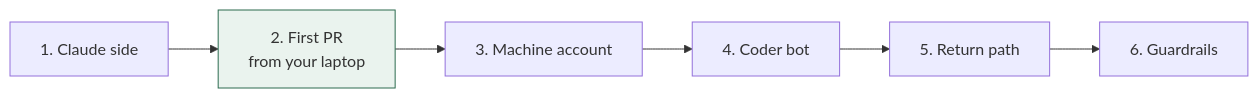
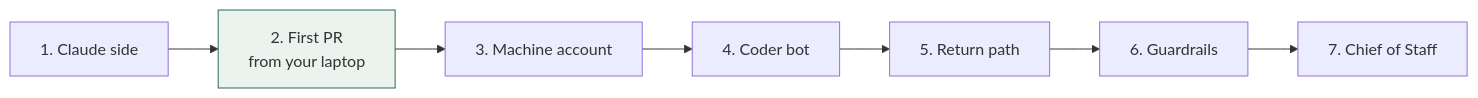
One commit to mathew-builds/Handoff changed the diagram in docs/03-setup-guide.md. Above: the diagram before and after it, drawn with Mermaid. The commit also changed other lines of this file and 18 other files, not shown here.

````diff
--- a/docs/03-setup-guide.md
+++ b/docs/03-setup-guide.md
@@ -5,5 +5,5 @@
 ```mermaid
 flowchart LR
-    S1[1. Claude side] --> S2[2. First PR<br/>from your laptop] --> S3[3. Machine account] --> S4[4. Coder bot] --> S5[5. Return path] --> S6[6. Guardrails]
+    S1[1. Claude side] --> S2[2. First PR<br/>from your laptop] --> S3[3. Machine account] --> S4[4. Coder bot] --> S5[5. Return path] --> S6[6. Guardrails] --> S7[7. Chief of Staff]
     style S2 fill:#EAF3EE,stroke:#2C6B4F
 ```
````
